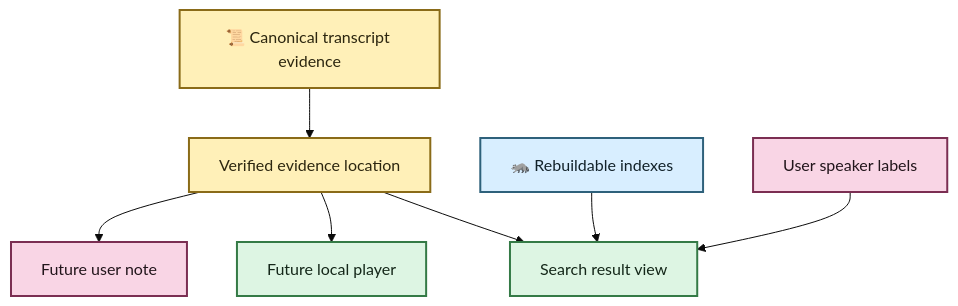
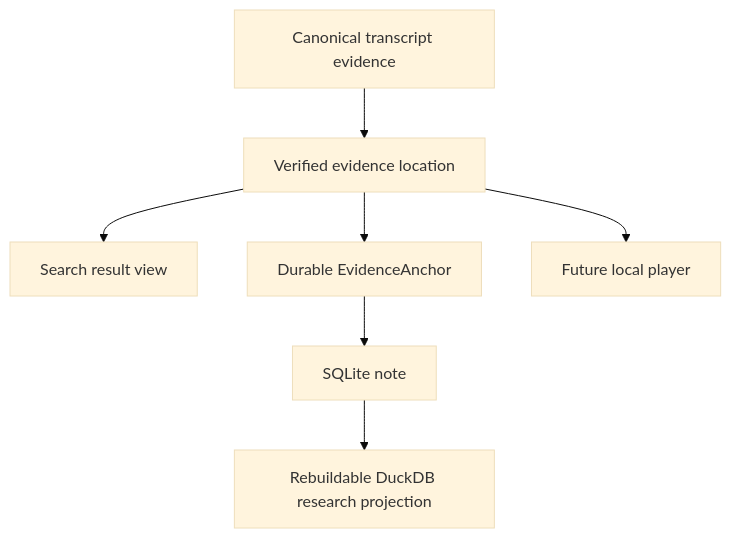
The second of 2 diagrams in docs/evidence-navigation.md (SSD1805/EchoFlow), drawn with Mermaid (base theme) before and after one commit. The commit also changed other lines of this file, not shown here.

Commit message:
docs: connect evidence navigation to durable notes

````diff
--- a/docs/evidence-navigation.md
+++ b/docs/evidence-navigation.md
@@ -194,19 +182,9 @@
 ```mermaid
 flowchart TD
-    A[📜 Canonical transcript evidence] --> L[Verified evidence location]
-    L --> R[Search result view]
-    L --> P[Future local player]
-    L --> N[Future user note]
-    I[🦝 Rebuildable indexes] --> R
-    U[User speaker labels] --> R
-
-    classDef evidence fill:#FFF0B8,stroke:#8A6B18,stroke-width:2px,color:#2C260F
-    classDef derived fill:#D8EEFF,stroke:#2E617B,stroke-width:2px,color:#12222A
-    classDef user fill:#F9D5E5,stroke:#7B2E52,stroke-width:2px,color:#22151B
-    classDef view fill:#DDF5E3,stroke:#347A46,stroke-width:2px,color:#142719
-
-    class A,L evidence
-    class I derived
-    class U,N user
-    class R,P view
+    A[Canonical transcript evidence] --> B[Verified evidence location]
+    B --> C[Search result view]
+    B --> D[Durable EvidenceAnchor]
+    D --> E[SQLite note]
+    E --> F[Rebuildable DuckDB research projection]
+    B --> G[Future local player]
 ```
````
